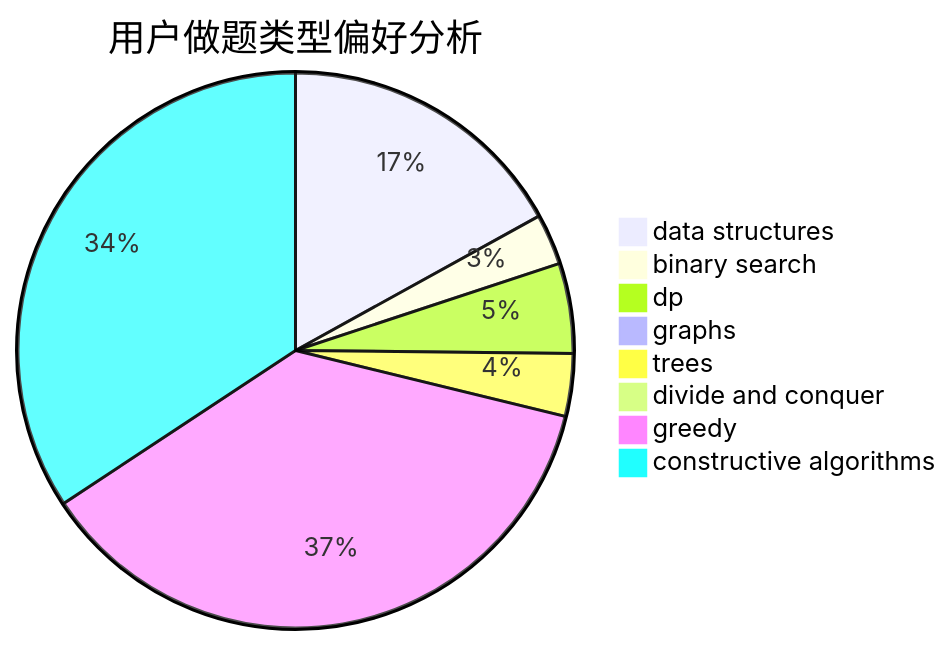
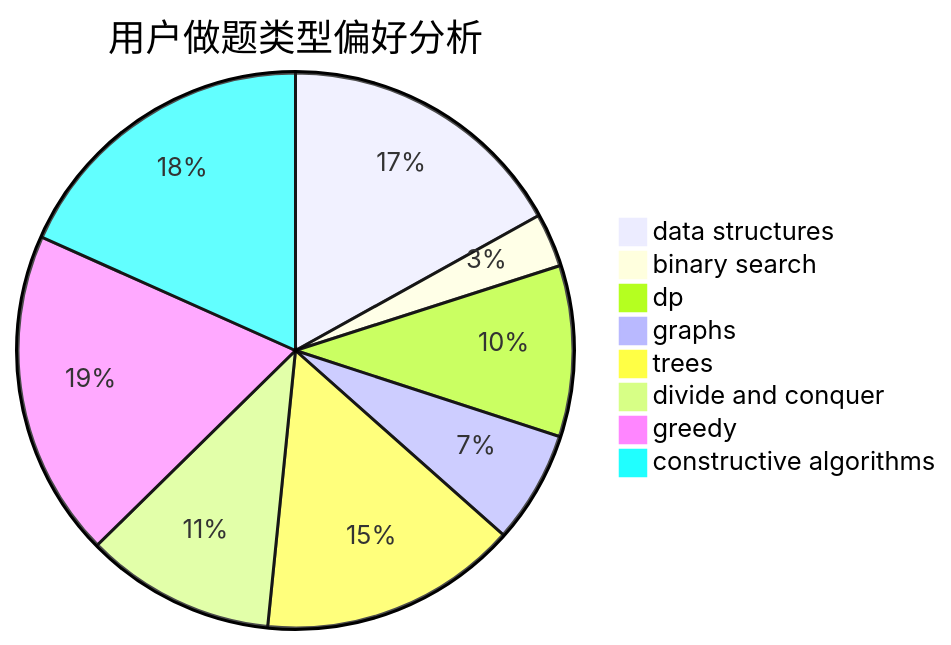
Before and after one commit to sherpahu/cfrs.github.io: the second of 3 diagrams in docs/user/u436.md, drawn with Mermaid. The commit also changed other lines of this file and 2770 other files, not shown here.

````diff
--- a/docs/user/u436.md
+++ b/docs/user/u436.md
@@ -23,11 +23,11 @@
 ```mermaid
 pie title 用户做题类型偏好分析
-    "data structures" :  149
-    "binary search" :  26
-    "dp" :  46
-    "graphs" :  7
-    "trees" :  32
-    "divide and conquer" :  0
-    "greedy" :  324
-    "constructive algorithms" :  301
+    "data structures" :  233
+    "binary search" :  43
+    "dp" :  137
+    "graphs" :  90
+    "trees" :  207
+    "divide and conquer" :  152
+    "greedy" :  262
+    "constructive algorithms" :  252
 ```
````
